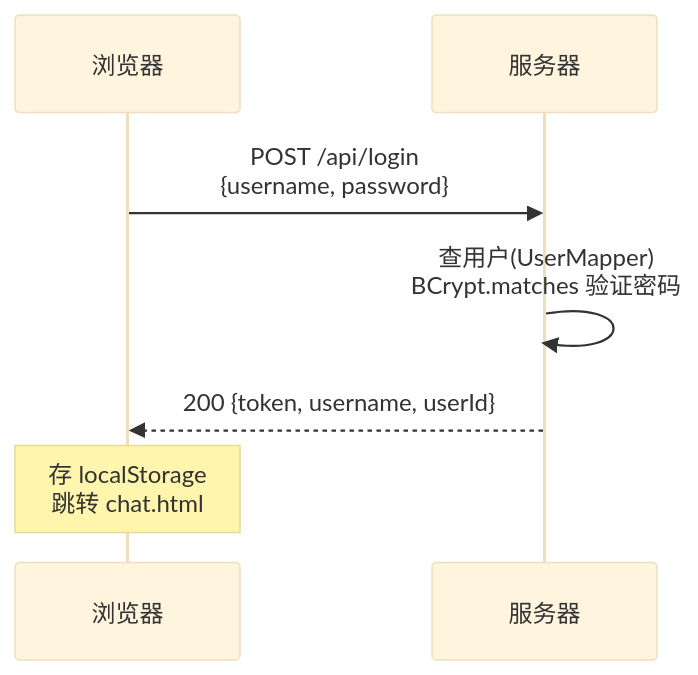
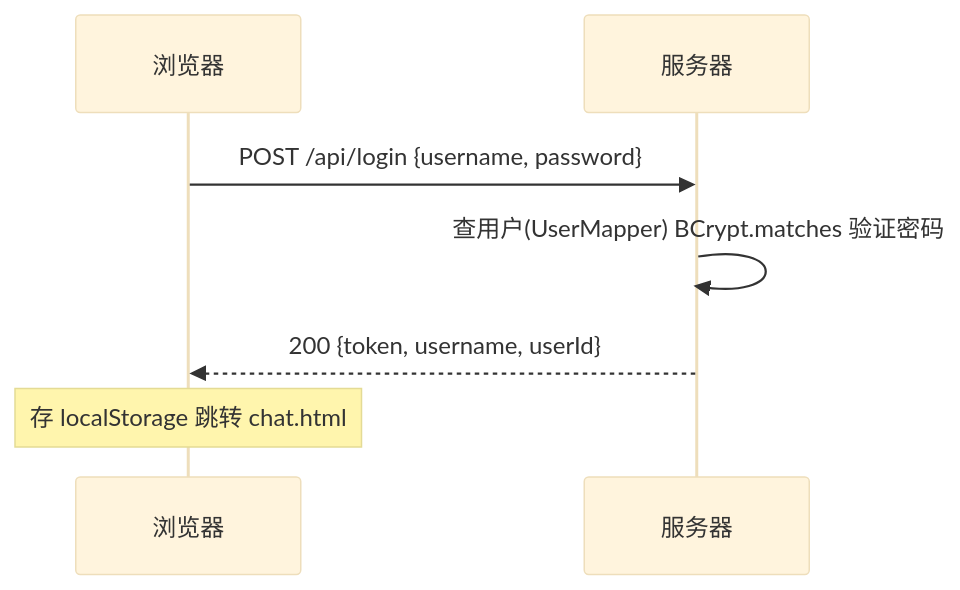
Before and after one commit to yuting1234567/my-online-chat: the first of 2 diagrams in README.md, drawn with Mermaid (base theme). The commit also changed other lines of this file, not shown here.

Commit message:
feat: 修改 README
AI: none

Description:
-

````diff
--- a/README.md
+++ b/README.md
@@ -66,10 +66,10 @@
 ```mermaid
 sequenceDiagram
     participant B as 浏览器
     participant S as 服务器
 
-    B->>S: POST /api/login<br/>{username, password}
-    S->>S: 查用户(UserMapper)<br/>BCrypt.matches 验证密码
+    B->>S: POST /api/login {username, password}
+    S->>S: 查用户(UserMapper) BCrypt.matches 验证密码
     S-->>B: 200 {token, username, userId}
-    Note over B: 存 localStorage<br/>跳转 chat.html
+    Note over B: 存 localStorage 跳转 chat.html
 ```
````
